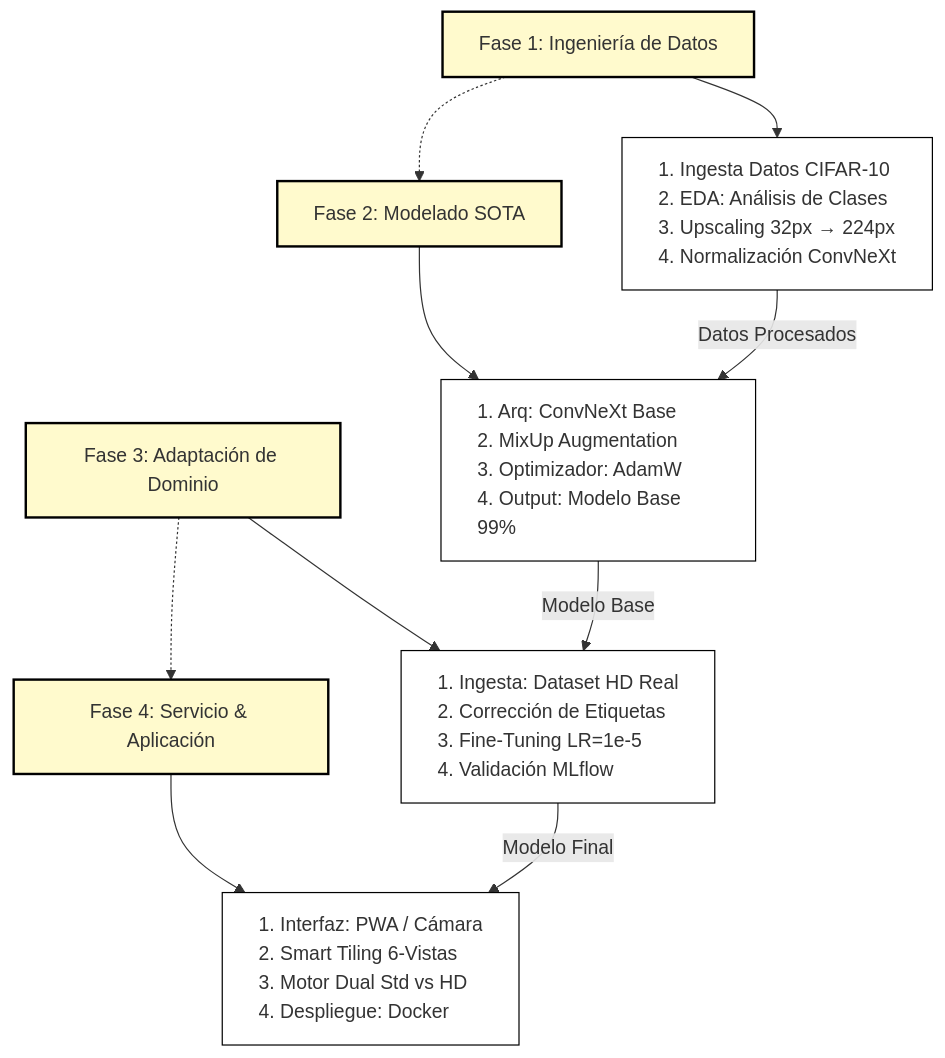
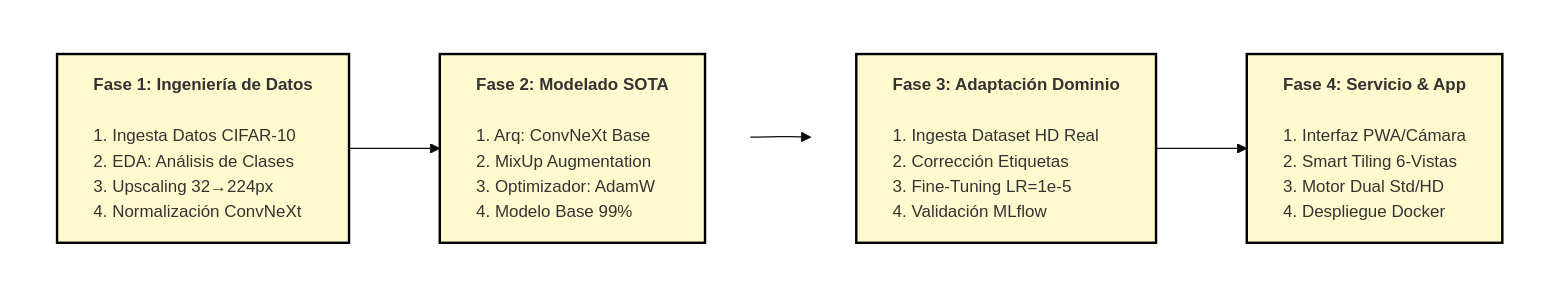
Before and after one commit to elsebasdev1/model_multilabel: the diagram in README.md, drawn with Mermaid.

Commit message:
Update Mermaid diagram for project phases

````diff
--- a/README.md
+++ b/README.md
@@ -24,33 +24,28 @@
 ```mermaid
-graph TB
-    %% --- ESTILOS ---
-    classDef phaseStyle fill:#FFFACD,stroke:#000,stroke-width:2px
-    classDef contentStyle fill:#fff,stroke:#000,stroke-width:1px,text-align:left
+%%{init: {'theme':'base', 'themeVariables': { 'fontSize':'14px'}}}%%
+graph LR
+    subgraph FILA1[" "]
+        direction LR
+        A1["<b>Fase 1: Ingeniería de Datos</b><br/><br/>1. Ingesta Datos CIFAR-10<br/>2. EDA: Análisis de Clases<br/>3. Upscaling 32→224px<br/>4. Normalización ConvNeXt"]
+        A2["<b>Fase 2: Modelado SOTA</b><br/><br/>1. Arq: ConvNeXt Base<br/>2. MixUp Augmentation<br/>3. Optimizador: AdamW<br/>4. Modelo Base 99%"]
+    end
     
-    %% --- FASES (cajas externas) ---
-    P1["Fase 1: Ingeniería de Datos"]:::phaseStyle
-    P2["Fase 2: Modelado SOTA"]:::phaseStyle
-    P3["Fase 3: Adaptación de Dominio"]:::phaseStyle
-    P4["Fase 4: Servicio & Aplicación"]:::phaseStyle
+    subgraph FILA2[" "]
+        direction LR
+        B1["<b>Fase 3: Adaptación Dominio</b><br/><br/>1. Ingesta Dataset HD Real<br/>2. Corrección Etiquetas<br/>3. Fine-Tuning LR=1e-5<br/>4. Validación MLflow"]
+        B2["<b>Fase 4: Servicio & App</b><br/><br/>1. Interfaz PWA/Cámara<br/>2. Smart Tiling 6-Vistas<br/>3. Motor Dual Std/HD<br/>4. Despliegue Docker"]
+    end
     
-    %% --- CONTENIDO (cajas internas) ---
-    N1["1. Ingesta Datos CIFAR-10<br/>2. EDA: Análisis de Clases<br/>3. Upscaling 32px → 224px<br/>4. Normalización ConvNeXt"]:::contentStyle
-    N2["1. Arq: ConvNeXt Base<br/>2. MixUp Augmentation<br/>3. Optimizador: AdamW<br/>4. Output: Modelo Base 99%"]:::contentStyle
-    N3["1. Ingesta: Dataset HD Real<br/>2. Corrección de Etiquetas<br/>3. Fine-Tuning LR=1e-5<br/>4. Validación MLflow"]:::contentStyle
-    N4["1. Interfaz: PWA / Cámara<br/>2. Smart Tiling 6-Vistas<br/>3. Motor Dual Std vs HD<br/>4. Despliegue: Docker"]:::contentStyle
+    A1 --> A2
+    A2 --> B1
+    B1 --> B2
     
-    %% --- ESTRUCTURA 2x2 ---
-    P1 --> N1
-    P2 --> N2
-    P3 --> N3
-    P4 --> N4
+    FILA1 ~~~ FILA2
     
-    %% --- CONEXIONES DE FLUJO ---
-    N1 -->|Datos Procesados| N2
-    N2 -->|Modelo Base| N3
-    N3 -->|Modelo Final| N4
-    
-    %% --- FORZAR DISPOSICIÓN HORIZONTAL ---
-    P1 -.-> P2
-    P3 -.-> P4
+    style A1 fill:#FFFACD,stroke:#000,stroke-width:2px,text-align:left
+    style A2 fill:#FFFACD,stroke:#000,stroke-width:2px,text-align:left
+    style B1 fill:#FFFACD,stroke:#000,stroke-width:2px,text-align:left
+    style B2 fill:#FFFACD,stroke:#000,stroke-width:2px,text-align:left
+    style FILA1 fill:none,stroke:none
+    style FILA2 fill:none,stroke:none
 ```
````
